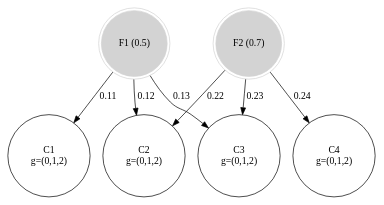
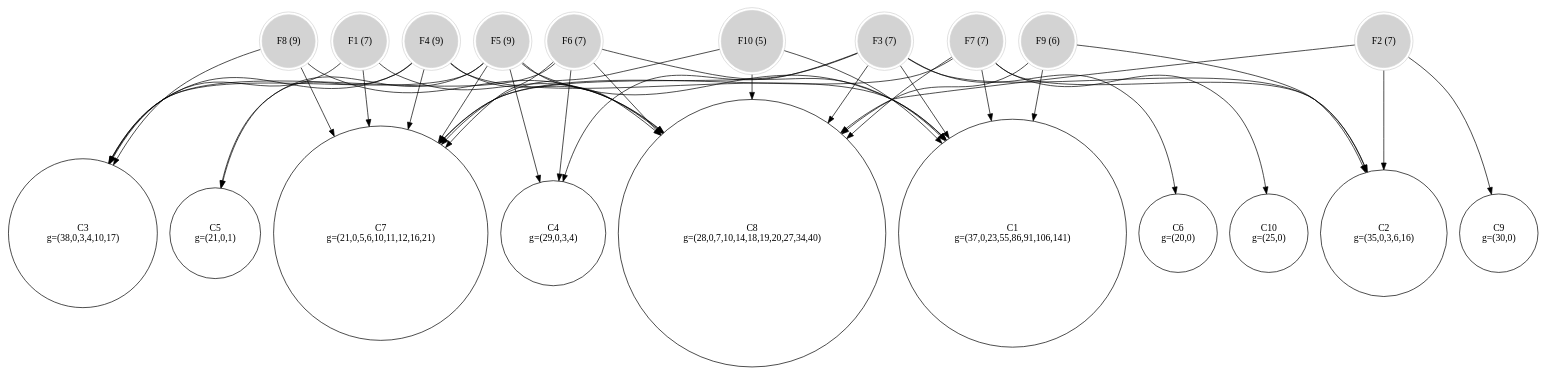
Before and after one commit to alex-bochkarev/align-BDD: the diagram in run_logs/problem_dia.gv, drawn with Graphviz. The commit also changed 8 other files, not shown here.

```diff
--- a/run_logs/problem_dia.gv
+++ b/run_logs/problem_dia.gv
@@ -1,19 +1,75 @@
 // Uncapacitated Facility Location
 digraph G {
-	F1 [label="F1 (0.5)" color=lightgrey shape=doublecircle style=filled]
-	F2 [label="F2 (0.7)" color=lightgrey shape=doublecircle style=filled]
+	F1 [label="F1 (7)" color=lightgrey shape=doublecircle style=filled]
+	F2 [label="F2 (7)" color=lightgrey shape=doublecircle style=filled]
+	F3 [label="F3 (7)" color=lightgrey shape=doublecircle style=filled]
+	F4 [label="F4 (9)" color=lightgrey shape=doublecircle style=filled]
+	F5 [label="F5 (9)" color=lightgrey shape=doublecircle style=filled]
+	F6 [label="F6 (7)" color=lightgrey shape=doublecircle style=filled]
+	F7 [label="F7 (7)" color=lightgrey shape=doublecircle style=filled]
+	F8 [label="F8 (9)" color=lightgrey shape=doublecircle style=filled]
+	F9 [label="F9 (6)" color=lightgrey shape=doublecircle style=filled]
+	F10 [label="F10 (5)" color=lightgrey shape=doublecircle style=filled]
 	C1 [label="C1
-g=(0,1,2)" shape=circle]
+g=(37,0,23,55,86,91,106,141)" shape=circle]
 	C2 [label="C2
-g=(0,1,2)" shape=circle]
+g=(35,0,3,6,16)" shape=circle]
 	C3 [label="C3
-g=(0,1,2)" shape=circle]
+g=(38,0,3,4,10,17)" shape=circle]
 	C4 [label="C4
-g=(0,1,2)" shape=circle]
-	F1 -> C1 [label=0.11]
-	F1 -> C2 [label=0.12]
-	F2 -> C2 [label=0.22]
-	F1 -> C3 [label=0.13]
-	F2 -> C3 [label=0.23]
-	F2 -> C4 [label=0.24]
+g=(29,0,3,4)" shape=circle]
+	C5 [label="C5
+g=(21,0,1)" shape=circle]
+	C6 [label="C6
+g=(20,0)" shape=circle]
+	C7 [label="C7
+g=(21,0,5,6,10,11,12,16,21)" shape=circle]
+	C8 [label="C8
+g=(28,0,7,10,14,18,19,20,27,34,40)" shape=circle]
+	C9 [label="C9
+g=(30,0)" shape=circle]
+	C10 [label="C10
+g=(25,0)" shape=circle]
+	F4 -> C1
+	F5 -> C1
+	F10 -> C1
+	F6 -> C1
+	F9 -> C1
+	F7 -> C1
+	F3 -> C1
+	F3 -> C2
+	F7 -> C2
+	F2 -> C2
+	F9 -> C2
+	F4 -> C3
+	F1 -> C3
+	F5 -> C3
+	F6 -> C3
+	F8 -> C3
+	F6 -> C4
+	F5 -> C4
+	F3 -> C4
+	F5 -> C5
+	F4 -> C5
+	F3 -> C6
+	F6 -> C7
+	F10 -> C7
+	F4 -> C7
+	F7 -> C7
+	F3 -> C7
+	F5 -> C7
+	F1 -> C7
+	F8 -> C7
+	F7 -> C8
+	F2 -> C8
+	F8 -> C8
+	F6 -> C8
+	F3 -> C8
+	F4 -> C8
+	F1 -> C8
+	F9 -> C8
+	F10 -> C8
+	F5 -> C8
+	F2 -> C9
+	F7 -> C10
 }
```
